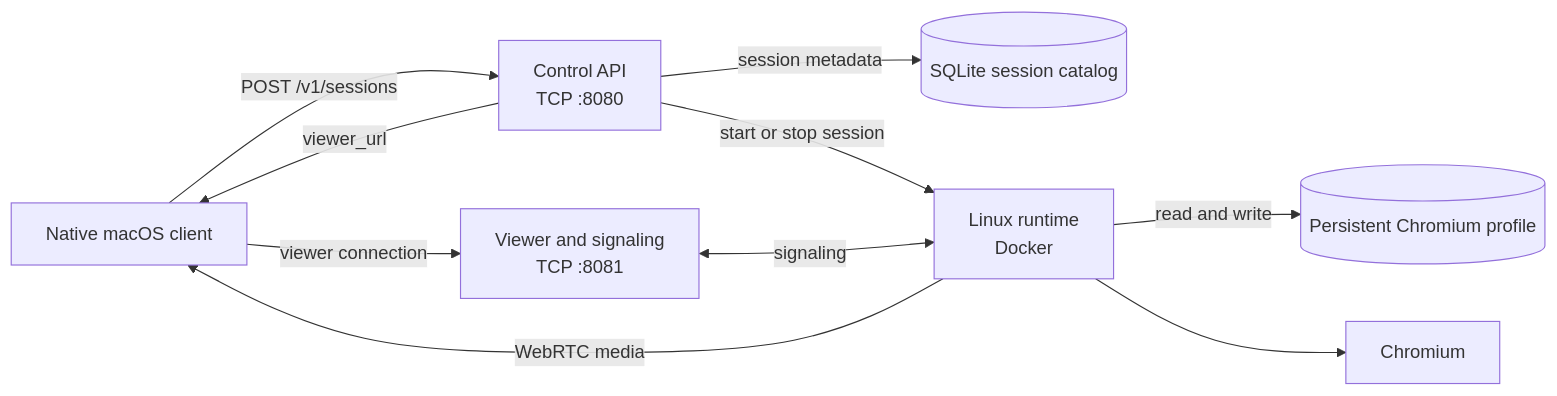
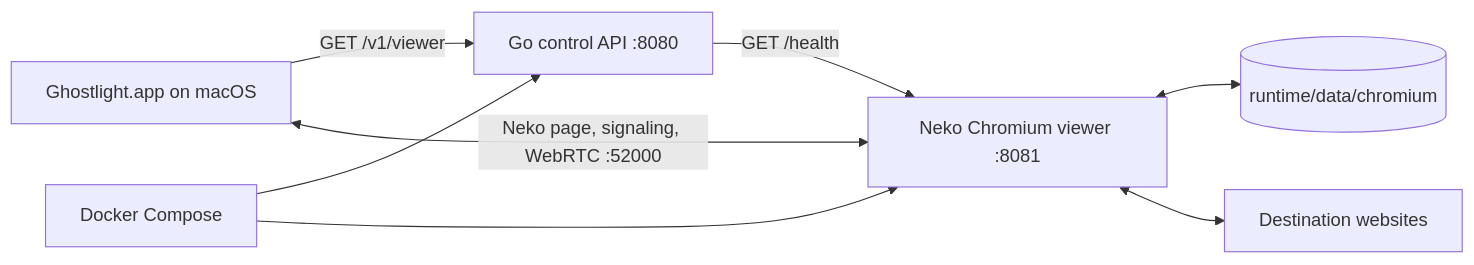
Before and after one commit to evalops/ghostlight: the diagram in docs/architecture.md, drawn with Mermaid. The commit also changed other lines of this file and 68 other files, not shown here.

````diff
--- a/docs/architecture.md
+++ b/docs/architecture.md
@@ -9,20 +7,17 @@
 ```mermaid
 flowchart LR
-    client["Native macOS client"]
-    control["Control API<br/>TCP :8080"]
-    catalog[("SQLite session catalog")]
-    runtime["Linux runtime<br/>Docker"]
-    profile[("Persistent Chromium profile")]
-    viewer["Viewer and signaling<br/>TCP :8081"]
-    browser["Chromium"]
+    app["Ghostlight.app on macOS"]
+    control["Go control API :8080"]
+    compose["Docker Compose"]
+    viewer["Neko Chromium viewer :8081"]
+    profile[("runtime/data/chromium")]
+    web["Destination websites"]
 
-    client -->|"POST /v1/sessions"| control
-    control -->|"session metadata"| catalog
-    control -->|"start or stop session"| runtime
-    runtime -->|"read and write"| profile
-    runtime --> browser
-    control -->|"viewer_url"| client
-    client -->|"viewer connection"| viewer
-    viewer <-->|"signaling"| runtime
-    runtime -->|"WebRTC media"| client
+    app -->|"GET /v1/viewer"| control
+    control -->|"GET /health"| viewer
+    compose --> control
+    compose --> viewer
+    app <-->|"Neko page, signaling, WebRTC :52000"| viewer
+    viewer <--> profile
+    viewer <--> web
 ```
````
